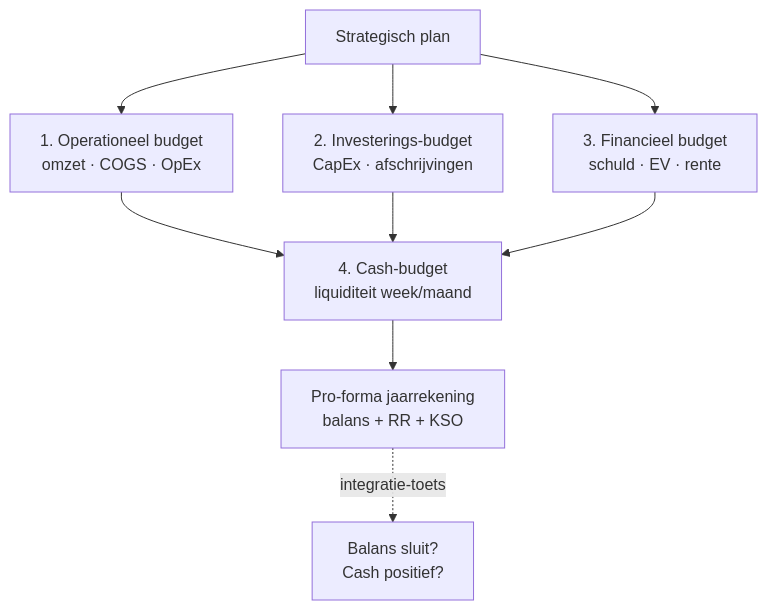
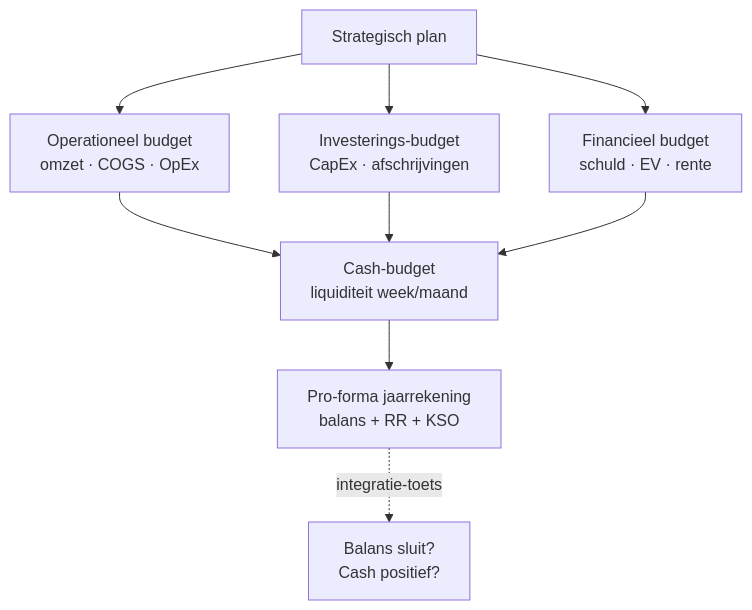
Before and after one commit to stivni/certificaid: the diagram in content/themafiches/budget-en-variantieanalyse.md, drawn with Mermaid. The commit also changed other lines of this file and 4 other files, not shown here.

````diff
--- a/content/themafiches/budget-en-variantieanalyse.md
+++ b/content/themafiches/budget-en-variantieanalyse.md
@@ -30,11 +30,11 @@
 ```mermaid
 flowchart TD
-    S[Strategisch plan] --> O[1. Operationeel budget<br/>omzet · COGS · OpEx]
-    S --> I[2. Investerings-budget<br/>CapEx · afschrijvingen]
-    S --> F[3. Financieel budget<br/>schuld · EV · rente]
-    O --> C[4. Cash-budget<br/>liquiditeit week/maand]
+    S[Strategisch plan] --> O["Operationeel budget<br/>omzet · COGS · OpEx"]
+    S --> I["Investerings-budget<br/>CapEx · afschrijvingen"]
+    S --> F["Financieel budget<br/>schuld · EV · rente"]
+    O --> C["Cash-budget<br/>liquiditeit week/maand"]
     I --> C
     F --> C
-    C --> P[Pro-forma jaarrekening<br/>balans + RR + KSO]
-    P -.->|integratie-toets| T[Balans sluit?<br/>Cash positief?]
+    C --> P["Pro-forma jaarrekening<br/>balans + RR + KSO"]
+    P -.->|integratie-toets| T["Balans sluit?<br/>Cash positief?"]
 ```
````
